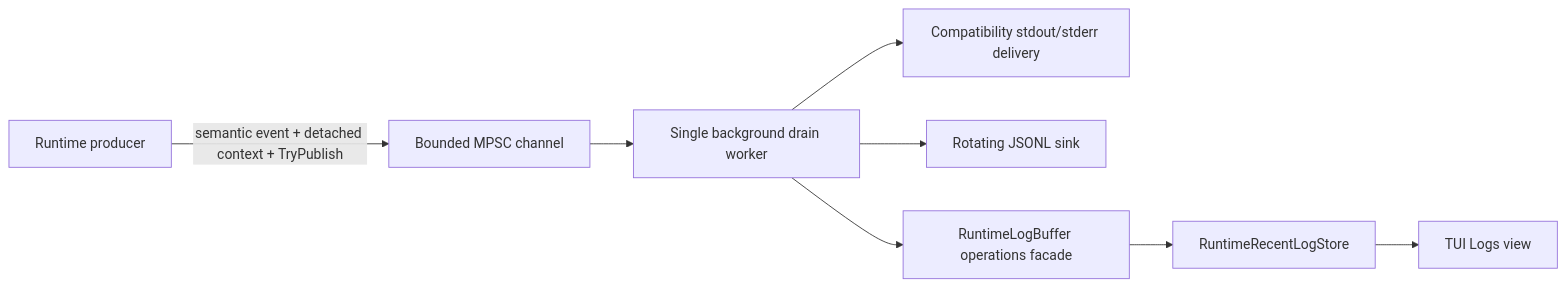
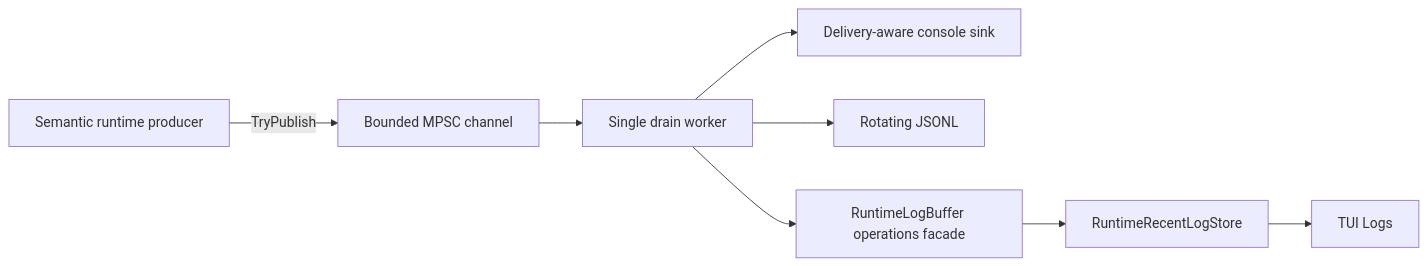
The diagram in docs/en/observability-logging.md (VegaKernel/TerraRuntime), drawn with Mermaid before and after one commit. The commit also changed other lines of this file and 6 other files, not shown here.

````diff
--- a/docs/en/observability-logging.md
+++ b/docs/en/observability-logging.md
@@ -9,10 +9,10 @@
 ```mermaid
 graph LR
-    P[Runtime producer] -->|semantic event + detached context + TryPublish| Q[Bounded MPSC channel]
-    Q --> W[Single background drain worker]
-    W --> C[Compatibility stdout/stderr delivery]
-    W --> J[Rotating JSONL sink]
+    P[Semantic runtime producer] -->|TryPublish| Q[Bounded MPSC channel]
+    Q --> W[Single drain worker]
+    W --> C[Delivery-aware console sink]
+    W --> J[Rotating JSONL]
     W --> O[RuntimeLogBuffer operations facade]
     O --> R[RuntimeRecentLogStore]
-    R --> T[TUI Logs view]
+    R --> T[TUI Logs]
 ```
````
